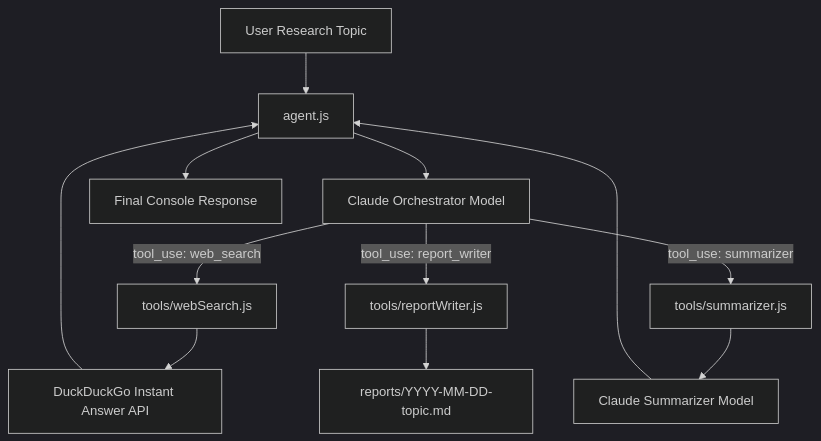
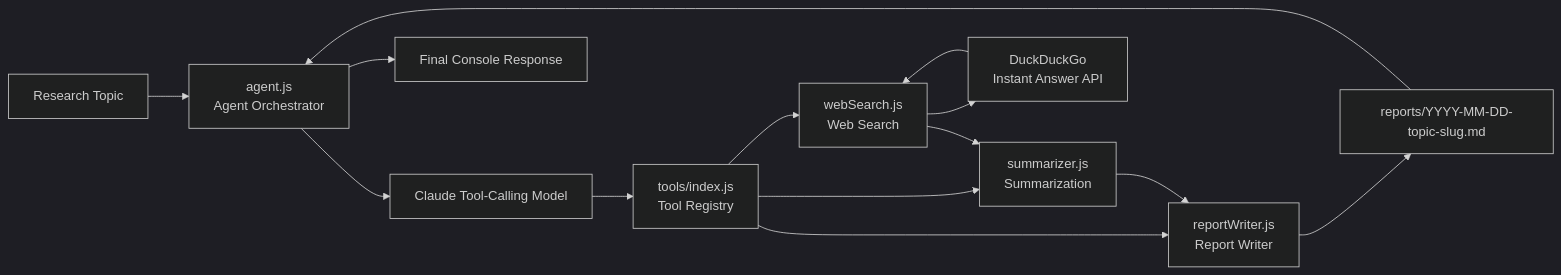
One commit to yesimakar/multi-tool-research-agent changed the diagram in README.md. Above: the diagram before and after it, drawn with Mermaid (dark theme). The commit also changed other lines of this file, not shown here.

````diff
--- a/README.md
+++ b/README.md
@@ -24,14 +37,21 @@
 ```mermaid
-flowchart TD
-    A[User Research Topic] --> B[agent.js]
-    B --> C[Claude Orchestrator Model]
-    C -->|tool_use: web_search| D[tools/webSearch.js]
-    D --> E[DuckDuckGo Instant Answer API]
-    E --> B
-    C -->|tool_use: summarizer| F[tools/summarizer.js]
-    F --> G[Claude Summarizer Model]
-    G --> B
-    C -->|tool_use: report_writer| H[tools/reportWriter.js]
-    H --> I[reports/YYYY-MM-DD-topic.md]
-    B --> J[Final Console Response]
+flowchart LR
+    User[Research Topic] --> Agent[agent.js<br/>Agent Orchestrator]
+
+    Agent --> Claude[Claude Tool-Calling Model]
+    Claude --> Registry[tools/index.js<br/>Tool Registry]
+
+    Registry --> Search[webSearch.js<br/>Web Search]
+    Registry --> Summarizer[summarizer.js<br/>Summarization]
+    Registry --> Writer[reportWriter.js<br/>Report Writer]
+
+    Search --> DuckDuckGo[DuckDuckGo<br/>Instant Answer API]
+    DuckDuckGo --> Search
+
+    Search --> Summarizer
+    Summarizer --> Writer
+    Writer --> Report[reports/YYYY-MM-DD-topic-slug.md]
+
+    Report --> Agent
+    Agent --> Console[Final Console Response]
 ```
````
